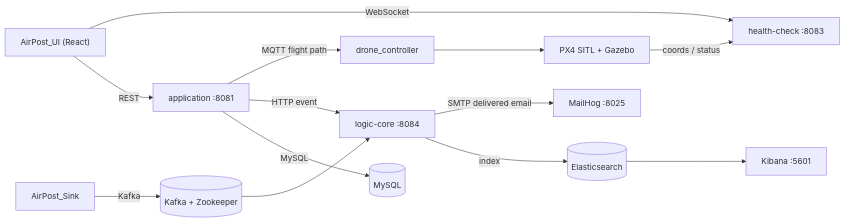
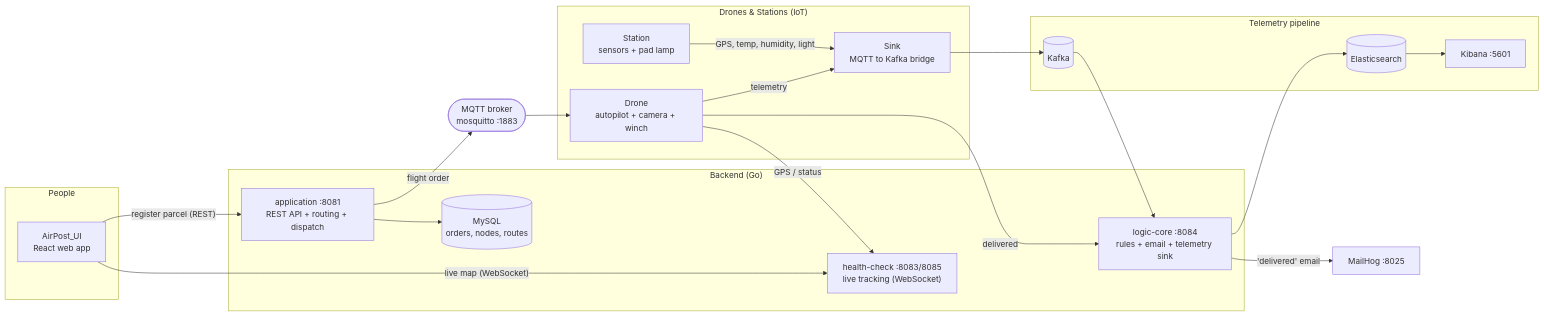
The diagram in README.md (jsoone24/NC_AirPost), drawn with Mermaid before and after one commit. The commit also changed other lines of this file, not shown here.

````diff
--- a/README.md
+++ b/README.md
@@ -49,15 +64,35 @@
 ```mermaid
 flowchart LR
-  UI["AirPost_UI (React)"] -->|REST| APP["application :8081"]
-  UI -->|WebSocket| HC["health-check :8083"]
-  APP -->|MySQL| DB[(MySQL)]
-  APP -->|HTTP event| LC["logic-core :8084"]
-  SINK["AirPost_Sink"] -->|Kafka| KAFKA[(Kafka + Zookeeper)]
-  KAFKA --> LC
-  LC -->|index| ES[(Elasticsearch)]
-  ES --> KB["Kibana :5601"]
-  LC -->|SMTP delivered email| MH["MailHog :8025"]
-  APP -->|MQTT flight path| DC["drone_controller"]
-  DC --> PX4["PX4 SITL + Gazebo"]
-  PX4 -->|coords / status| HC
+  subgraph People
+    UI["AirPost_UI<br/>React web app"]
+  end
+  subgraph Brain["Backend (Go)"]
+    APP["application :8081<br/>REST API + routing + dispatch"]
+    LC["logic-core :8084<br/>rules + email + telemetry sink"]
+    HC["health-check :8083/8085<br/>live tracking (WebSocket)"]
+    DB[("MySQL<br/>orders, nodes, routes")]
+  end
+  subgraph Edge["Drones & Stations (IoT)"]
+    DRO["Drone<br/>autopilot + camera + winch"]
+    STA["Station<br/>sensors + pad lamp"]
+    SINK["Sink<br/>MQTT to Kafka bridge"]
+  end
+  subgraph Data["Telemetry pipeline"]
+    KAFKA[("Kafka")]
+    ES[("Elasticsearch")]
+    KB["Kibana :5601"]
+  end
+  MQTT(["MQTT broker<br/>mosquitto :1883"])
+
+  UI -->|"register parcel (REST)"| APP
+  UI -->|"live map (WebSocket)"| HC
+  APP --> DB
+  APP -->|"flight order"| MQTT
+  MQTT --> DRO
+  DRO -->|"GPS / status"| HC
+  DRO -->|"delivered"| LC
+  STA -->|"GPS, temp, humidity, light"| SINK
+  DRO -->|"telemetry"| SINK
+  SINK --> KAFKA --> LC --> ES --> KB
+  LC -->|"'delivered' email"| MAIL["MailHog :8025"]
 ```
````
